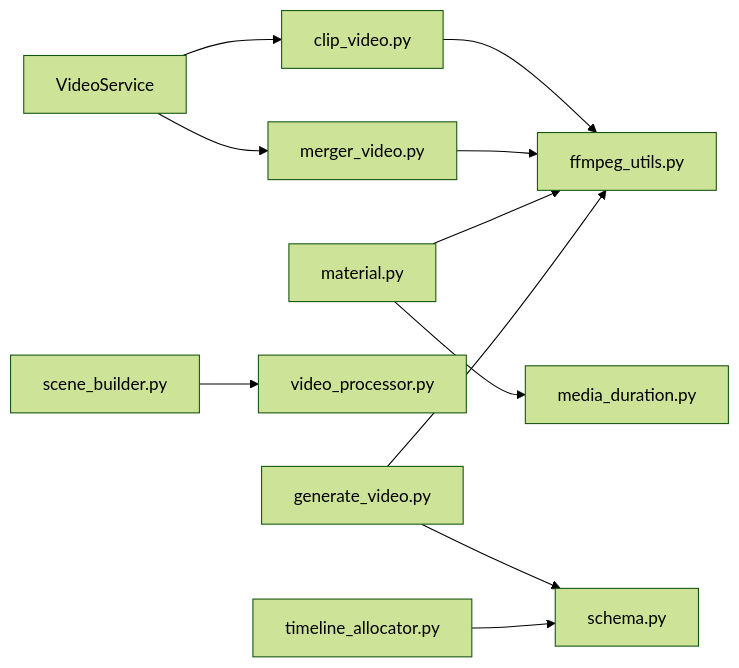
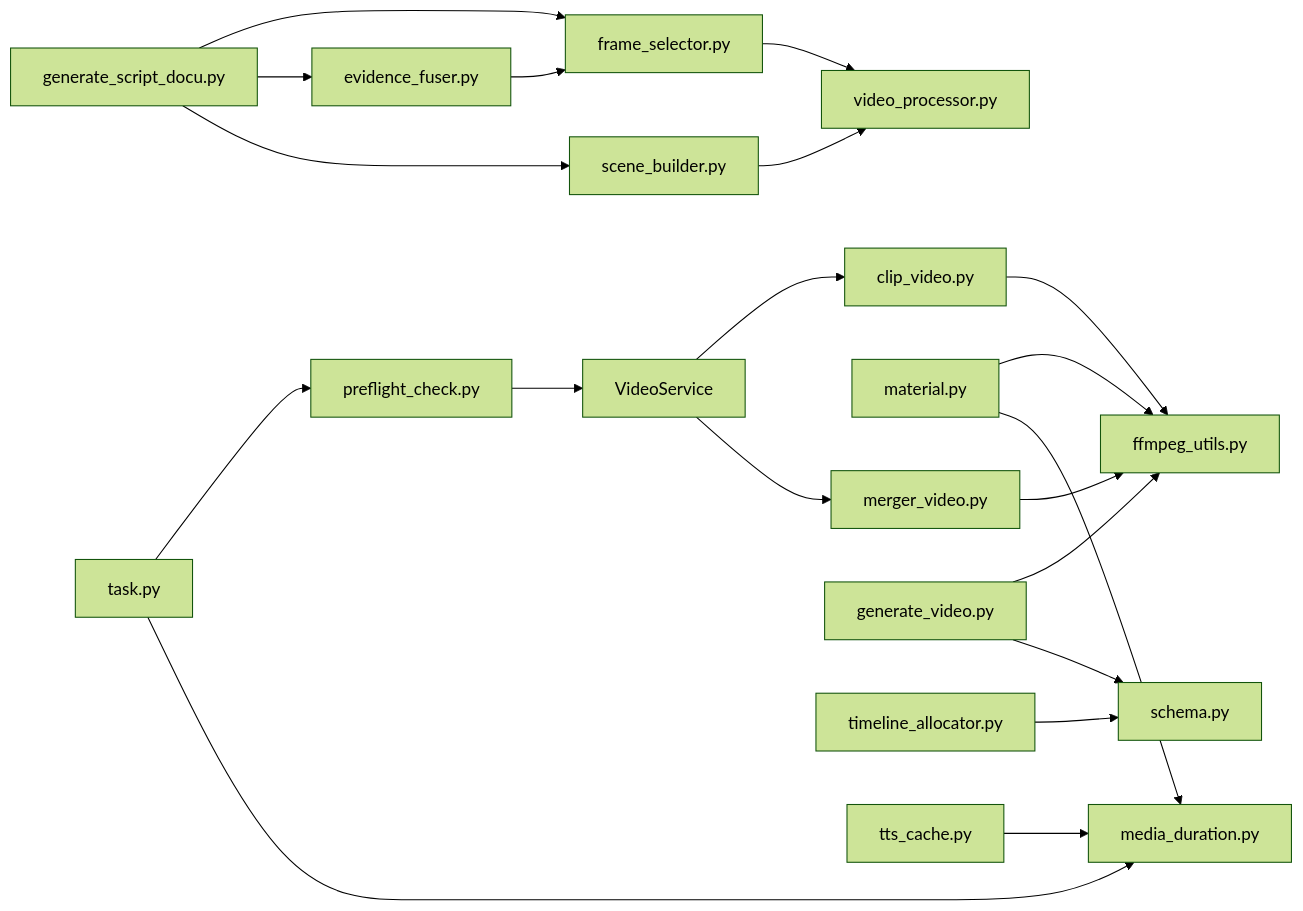
One commit to wowoduang/AIVideoClaude changed the seventh of 7 diagrams in .qoder/repowiki/zh/content/核心功能/视频处理服务/视频处理服务.md. Above: the diagram before and after it, drawn with Mermaid (forest theme). The commit also changed other lines of this file and 26 other files, not shown here.

````diff
--- a/.qoder/repowiki/zh/content/核心功能/视频处理服务/视频处理服务.md
+++ b/.qoder/repowiki/zh/content/核心功能/视频处理服务/视频处理服务.md
@@ -282,13 +382,22 @@
 ```mermaid
 graph LR
 VS["VideoService"] --> CL["clip_video.py"]
 VS --> MG["merger_video.py"]
 CL --> FU["ffmpeg_utils.py"]
 MG --> FU
 MT["material.py"] --> FU
 MT --> MD["media_duration.py"]
 SC["scene_builder.py"] --> VP["video_processor.py"]
 GV["generate_video.py"] --> FU
 GV --> SCH["schema.py"]
 TL["timeline_allocator.py"] --> SCH
+FS["frame_selector.py"] --> VP
+EF["evidence_fuser.py"] --> FS
+PC["preflight_check.py"] --> VS
+GSD["generate_script_docu.py"] --> FS
+GSD --> EF
+GSD --> SC
+TC["tts_cache.py"] --> MD
+TP["task.py"] --> PC
+TP --> MD
 ```
````
